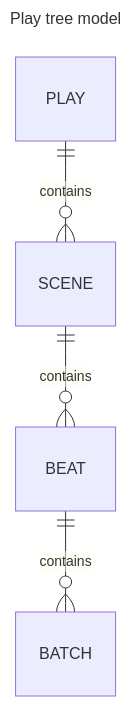
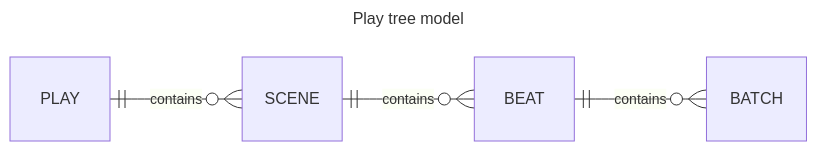
One commit to wgedeon/comfyui_play_traversal changed the diagram in README.md. Above: the diagram before and after it, drawn with Mermaid.

Commit message:
finetuning mermaid

````diff
--- a/README.md
+++ b/README.md
@@ -41,9 +41,11 @@
 ```mermaid
 ---
 title: Play tree model
 ---
 erDiagram
+    direction LR
+
     PLAY ||--o{ SCENE : contains
     SCENE ||--o{ BEAT : contains  
     BEAT ||--o{ BATCH : contains
 ```
````
